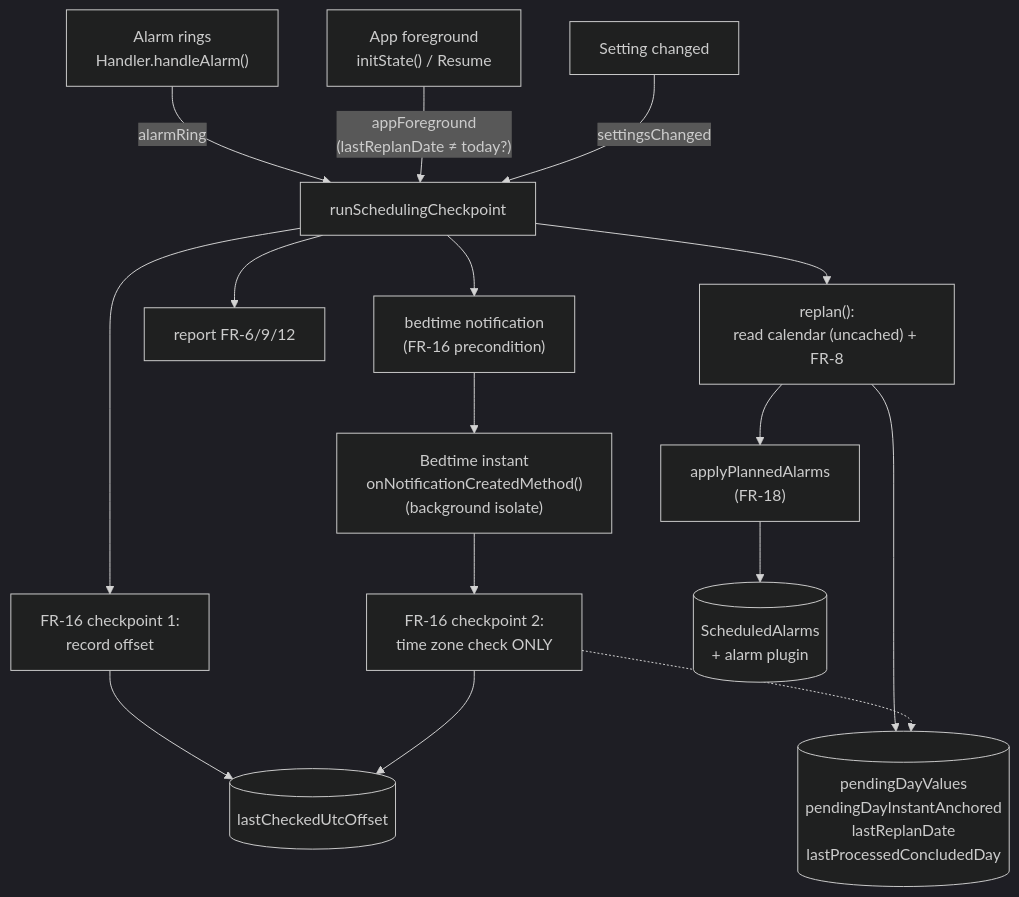
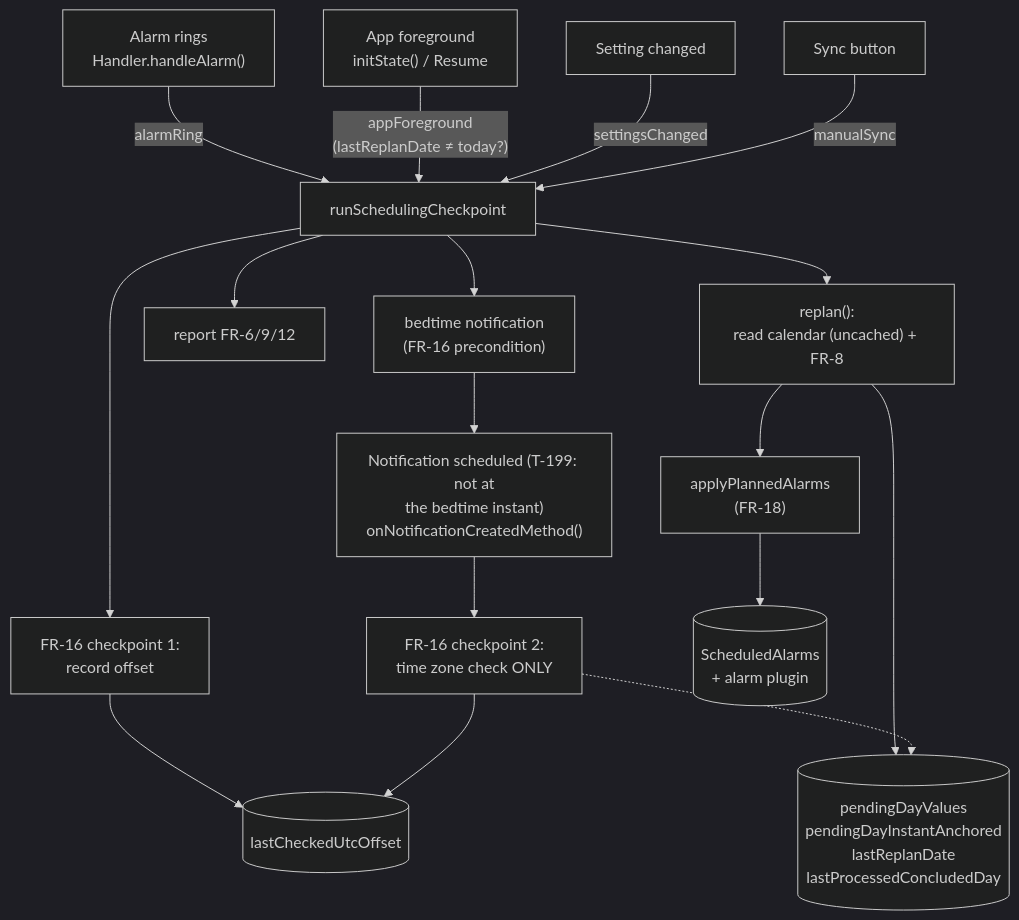
The diagram in docs/scheduling-v2-spec.md (Dam0k1es/crescendo-alarm), drawn with Mermaid (dark theme) before and after one commit. The commit also changed other lines of this file and 14 other files, not shown here.

````diff
--- a/docs/scheduling-v2-spec.md
+++ b/docs/scheduling-v2-spec.md
@@ -808,18 +821,19 @@
 ```mermaid
 flowchart TD
     A["Alarm rings<br/>Handler.handleAlarm()"] -->|alarmRing| RC[runSchedulingCheckpoint]
     B["App foreground<br/>initState() / Resume"] -->|"appForeground<br/>(lastReplanDate ≠ today?)"| RC
     S["Setting changed"] -->|settingsChanged| RC
+    M["Sync button"] -->|manualSync| RC
     RC --> TZ["FR-16 checkpoint 1:<br/>record offset"]
     RC --> RP["replan():<br/>read calendar (uncached) + FR-8"]
     RP --> AP["applyPlannedAlarms<br/>(FR-18)"]
     RC --> NO["report FR-6/9/12"]
     RC --> SR["bedtime notification<br/>(FR-16 precondition)"]
-    C["Bedtime instant<br/>onNotificationCreatedMethod()<br/>(background isolate)"] --> TZ2["FR-16 checkpoint 2:<br/>time zone check ONLY"]
+    C["Notification scheduled (T-199: not at<br/>the bedtime instant)<br/>onNotificationCreatedMethod()"] --> TZ2["FR-16 checkpoint 2:<br/>time zone check ONLY"]
     RP --> PD[(pendingDayValues<br/>pendingDayInstantAnchored<br/>lastReplanDate<br/>lastProcessedConcludedDay)]
     AP --> AL[(ScheduledAlarms<br/>+ alarm plugin)]
     SR --> C
     TZ --> OFF[(lastCheckedUtcOffset)]
     TZ2 --> OFF
     TZ2 -.-> PD
 ```
````
